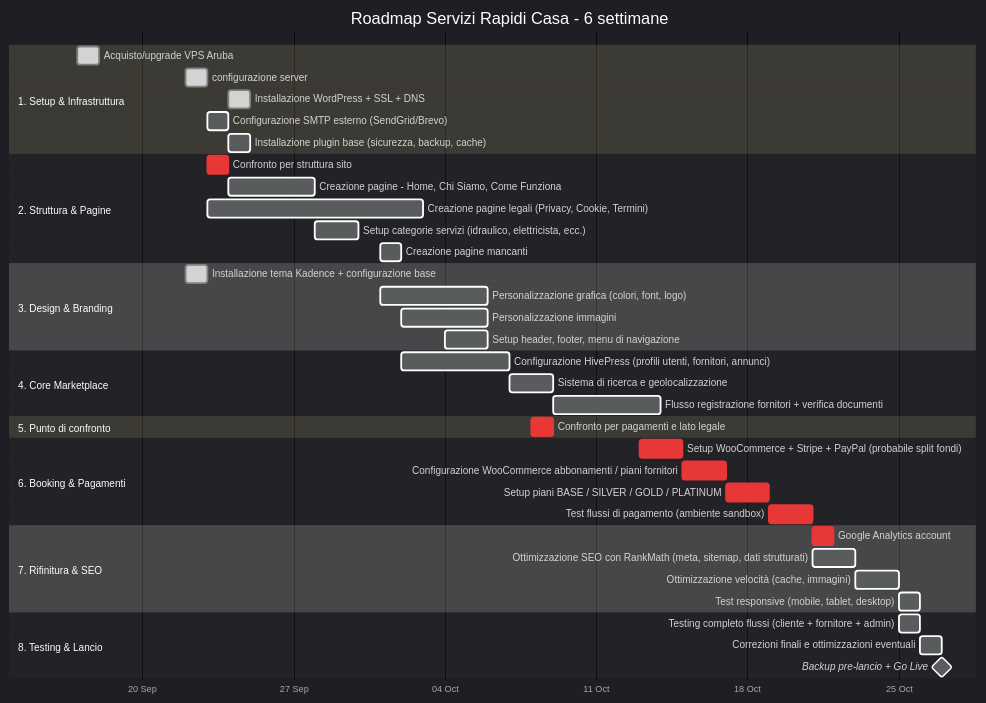
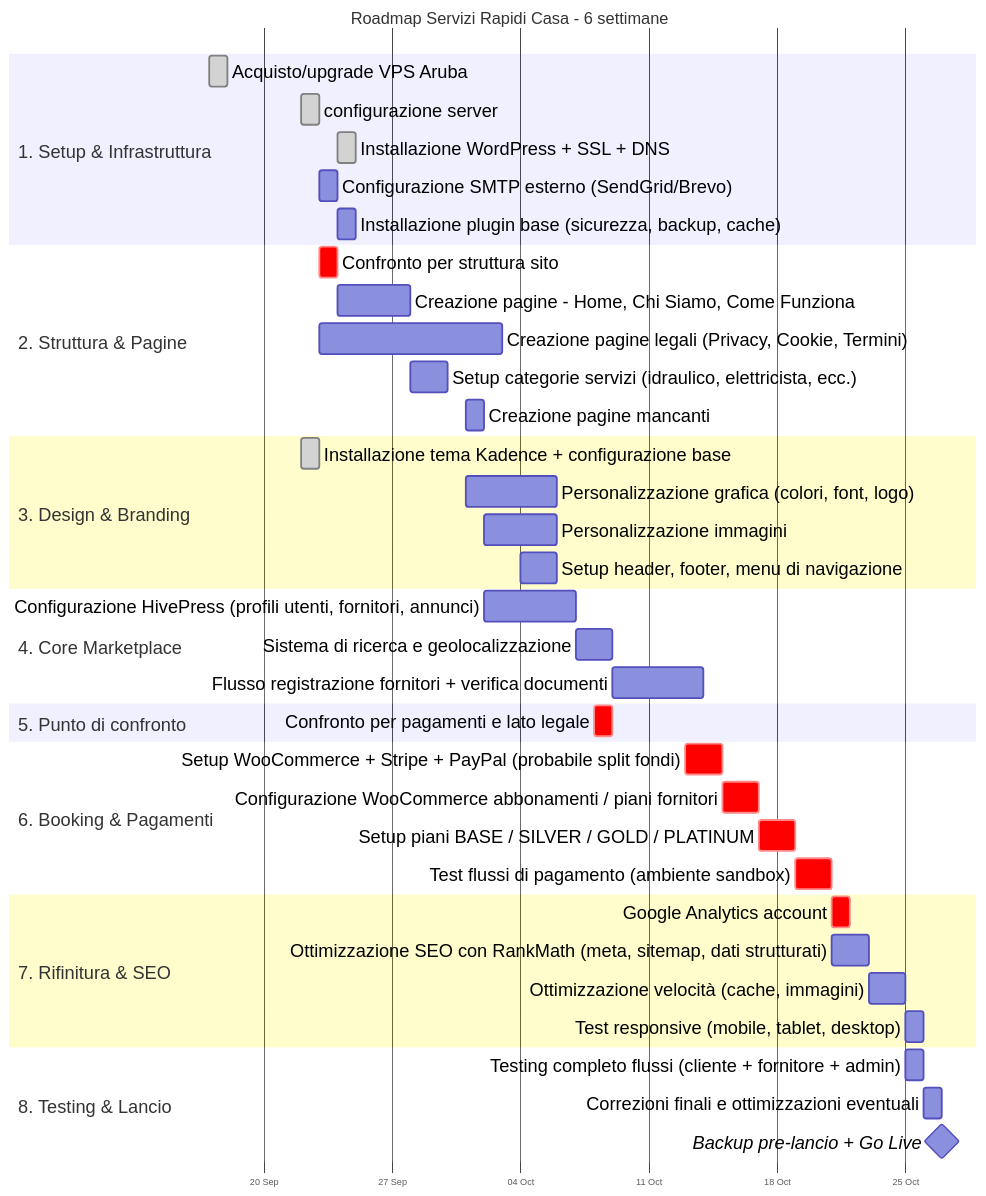
Before and after one commit to BarbaraLol/servizi_rapidi_casa: the diagram in src_roadmap.md, drawn with Mermaid.

````diff
--- a/src_roadmap.md
+++ b/src_roadmap.md
@@ -17,52 +17,68 @@
 ```mermaid
-%%{init: {'theme':'dark'}}%%
+%%{init: {
+  'theme': 'default',
+  'themeVariables': {
+    'fontSize': '20px',
+    'sectionFontSize': '20px'
+  },
+  'gantt': {
+    'barHeight': 34,
+    'barGap': 8,
+    'topPadding': 60,
+    'leftPadding': 220,
+    'gridLineStartPadding': 20,
+    'fontSize': 20,
+    'sectionFontSize': 20,
+    'numberSectionStyles': 4
+  }
+}}%%
 gantt
     title Roadmap Servizi Rapidi Casa - 6 settimane
     dateFormat  DD-MM-YYYY
     axisFormat  %d %b
 
     section 1. Setup & Infrastruttura
     Acquisto/upgrade VPS Aruba                                 :done, a1, 17-09-2026, 1d
     configurazione server                                      :done, a2, 22-09-2026, 1d
     Installazione WordPress + SSL + DNS                        :done, a3, 24-09-2026, 1d
     Configurazione SMTP esterno (SendGrid/Brevo)               :a4, 23-09-2026, 1d
     Installazione plugin base (sicurezza, backup, cache)       :a5, 24-09-2026, 1d
 
     section 2. Struttura & Pagine 
     Confronto per struttura sito                               :crit, a10, 23-09-2026, 1d
     Creazione pagine - Home, Chi Siamo, Come Funziona          :a11, 24-09-2026, 4d
     Creazione pagine legali (Privacy, Cookie, Termini)         :a12, 23-09-2026, 10d
     Setup categorie servizi (idraulico, elettricista, ecc.)    :a13, 28-09-2026, 2d
     Creazione pagine mancanti                                  :a14, 01-10-2026, 1d
 
     section 3. Design & Branding
     Installazione tema Kadence + configurazione base           :done, a6, 22-09-2026, 1d
     Personalizzazione grafica (colori, font, logo)             :a7, 01-10-2026, 5d
     Personalizzazione immagini                                 :a8, 02-10-2026, 4d
     Setup header, footer, menu di navigazione                  :a9, 04-10-2026, 2d
 
     section 4. Core Marketplace
     Configurazione HivePress (profili utenti, fornitori, annunci) :a15, 02-10-2026, 5d
     Sistema di ricerca e geolocalizzazione                     :a16, 07-10-2026, 2d
     Flusso registrazione fornitori + verifica documenti        :a17, 09-10-2026, 5d
 
     section 5. Punto di confronto
     Confronto per pagamenti e lato legale                      :crit, a18, 08-10-2026, 1d
 
     section 6. Booking & Pagamenti
     Setup WooCommerce + Stripe + PayPal (probabile split fondi)         :crit, a19, 13-10-2026, 2d
     Configurazione WooCommerce abbonamenti / piani fornitori   :crit, a20, 15-10-2026, 2d
     Setup piani BASE / SILVER / GOLD / PLATINUM                :crit, a21, 17-10-2026, 2d
     Test flussi di pagamento (ambiente sandbox)                :crit, a22, 19-10-2026, 2d
 
     section 7. Rifinitura & SEO
     Google Analytics account                                   :crit, a23, 21-10-2026, 1d
     Ottimizzazione SEO con RankMath (meta, sitemap, dati strutturati)    :a24, 21-10-2026, 2d
     Ottimizzazione velocità (cache, immagini)         :a25, 23-10-2026, 2d
     Test responsive (mobile, tablet, desktop)                  :a26, 25-10-2026, 1d
 
     section 8. Testing & Lancio
     Testing completo flussi (cliente + fornitore + admin)      :a27, 25-10-2026, 1d
     Correzioni finali e ottimizzazioni eventuali               :a28, 26-10-2026, 1d
     Backup pre-lancio + Go Live                                :milestone, a29, 27-10-2026, 0d
 ```
````
